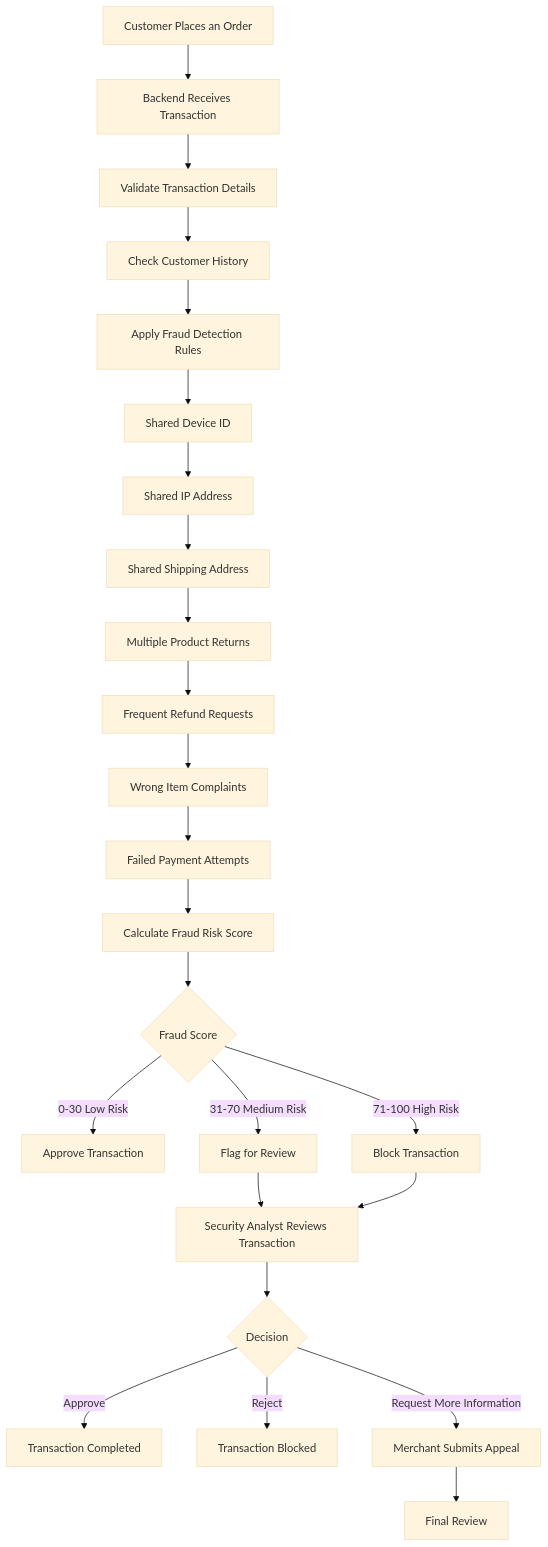
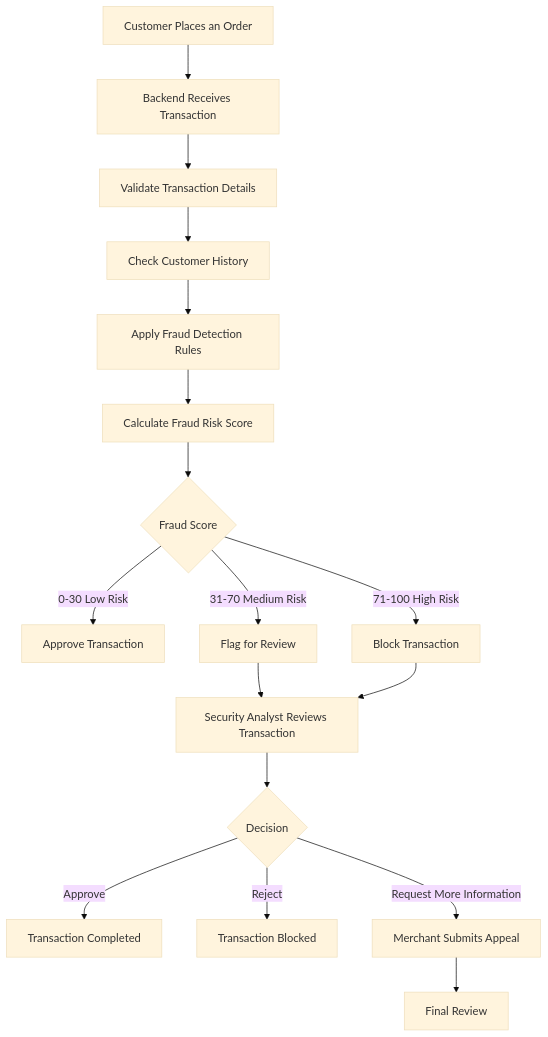
The first of 3 diagrams in README.md (raghavendra3107/TrustGraph-AI), drawn with Mermaid (base theme) before and after one commit.

Commit message:
Updated README with project overview and fraud detection workflow

````diff
--- a/README.md
+++ b/README.md
@@ -63,49 +64,35 @@
 ```mermaid
 flowchart TD
 
 A[Customer Places an Order] --> B[Backend Receives Transaction]
 
 B --> C[Validate Transaction Details]
 
 C --> D[Check Customer History]
 
 D --> E[Apply Fraud Detection Rules]
 
-E --> E1[Shared Device ID]
-
-E1 --> E2[Shared IP Address]
-
-E2 --> E3[Shared Shipping Address]
-
-E3 --> E4[Multiple Product Returns]
-
-E4 --> E5[Frequent Refund Requests]
-
-E5 --> E6[Wrong Item Complaints]
-
-E6 --> E7[Failed Payment Attempts]
-
-E7 --> F[Calculate Fraud Risk Score]
+E --> F[Calculate Fraud Risk Score]
 
 F --> G{Fraud Score}
 
 G -->|0-30 Low Risk| H[Approve Transaction]
 
 G -->|31-70 Medium Risk| I[Flag for Review]
 
 G -->|71-100 High Risk| J[Block Transaction]
 
 I --> K[Security Analyst Reviews Transaction]
 
 J --> K
 
 K --> L{Decision}
 
 L -->|Approve| M[Transaction Completed]
 
 L -->|Reject| N[Transaction Blocked]
 
 L -->|Request More Information| O[Merchant Submits Appeal]
 
 O --> P[Final Review]
 ```
````
